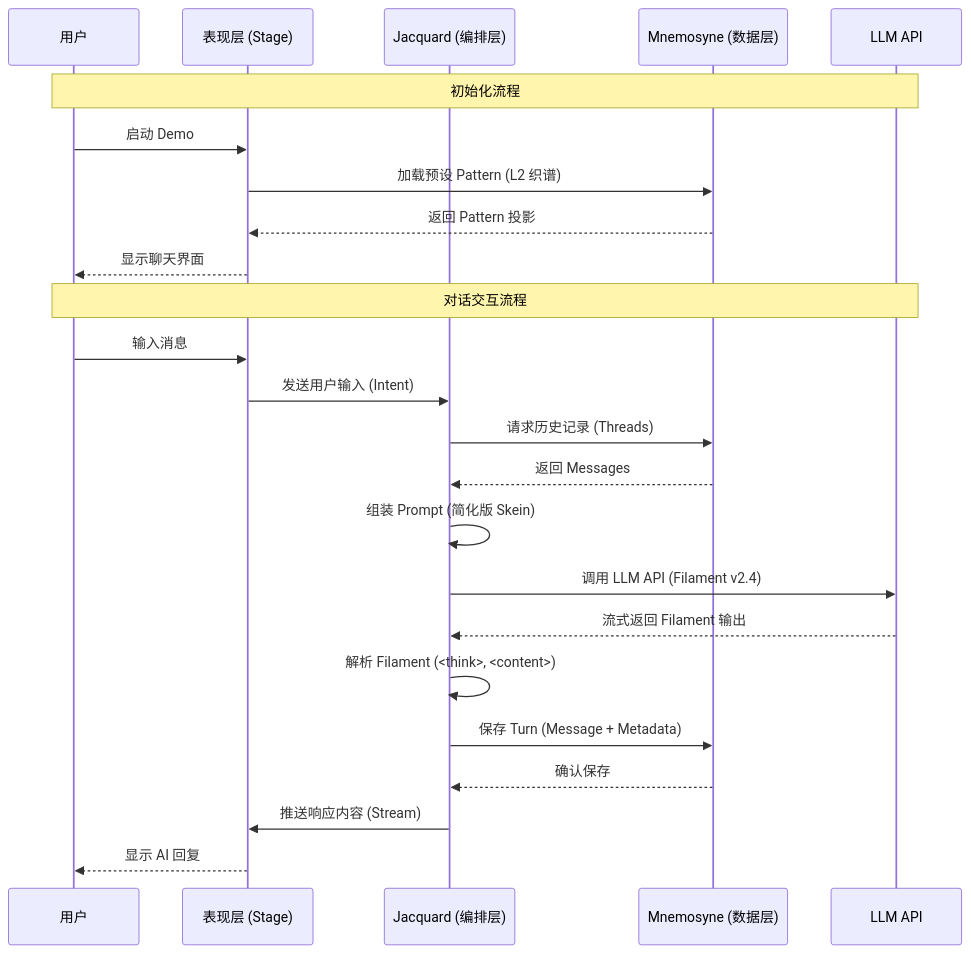
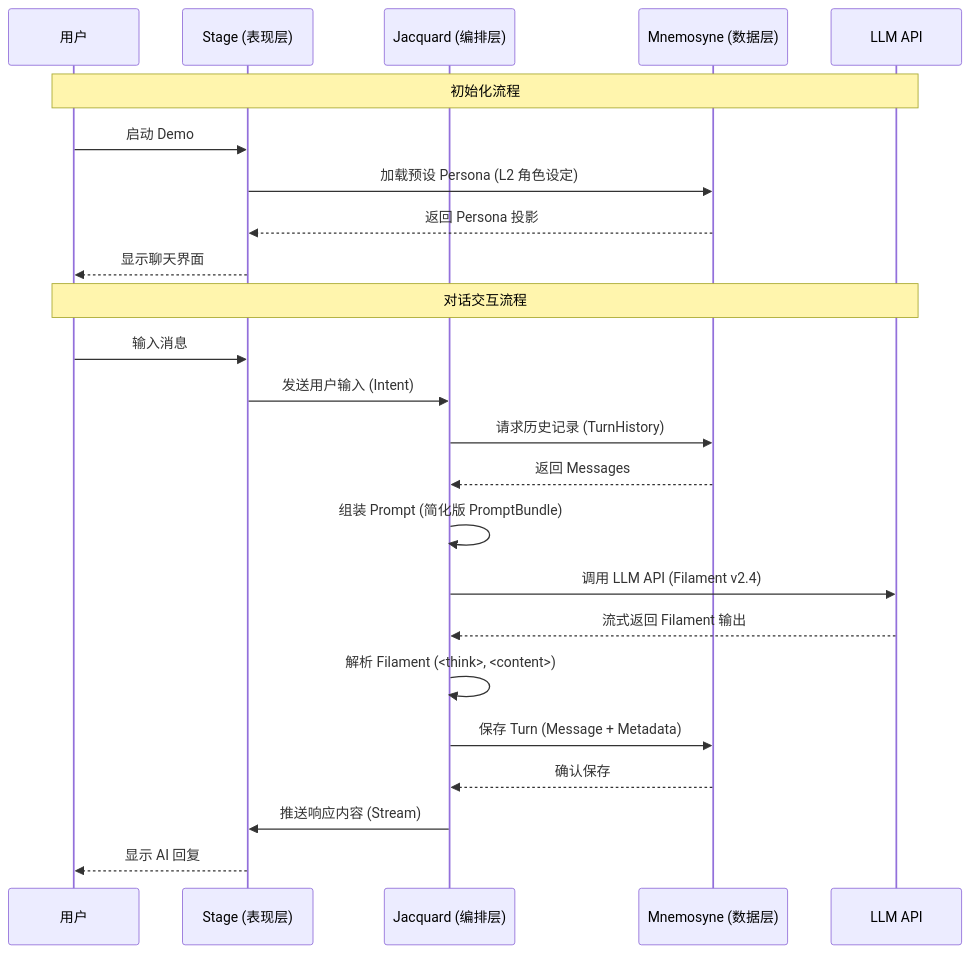
Before and after one commit to Abgetrennter/Clotho-Design: the first of 2 diagrams in 02_active_plans/mvp-demo-design-spec.md, drawn with Mermaid. The commit also changed other lines of this file, not shown here.

````diff
--- a/02_active_plans/mvp-demo-design-spec.md
+++ b/02_active_plans/mvp-demo-design-spec.md
@@ -55,28 +55,28 @@
 ```mermaid
 sequenceDiagram
     participant U as 用户
-    participant UI as 表现层 (Stage)
+    participant UI as Stage (表现层)
     participant J as Jacquard (编排层)
     participant M as Mnemosyne (数据层)
     participant L as LLM API
 
     Note over U,L: 初始化流程
     U->>UI: 启动 Demo
-    UI->>M: 加载预设 Pattern (L2 织谱)
-    M-->>UI: 返回 Pattern 投影
+    UI->>M: 加载预设 Persona (L2 角色设定)
+    M-->>UI: 返回 Persona 投影
     UI-->>U: 显示聊天界面
 
     Note over U,L: 对话交互流程
     U->>UI: 输入消息
     UI->>J: 发送用户输入 (Intent)
-    J->>M: 请求历史记录 (Threads)
+    J->>M: 请求历史记录 (TurnHistory)
     M-->>J: 返回 Messages
-    J->>J: 组装 Prompt (简化版 Skein)
+    J->>J: 组装 Prompt (简化版 PromptBundle)
     J->>L: 调用 LLM API (Filament v2.4)
     L-->>J: 流式返回 Filament 输出
     J->>J: 解析 Filament (<think>, <content>)
     J->>M: 保存 Turn (Message + Metadata)
     M-->>J: 确认保存
     J->>UI: 推送响应内容 (Stream)
     UI-->>U: 显示 AI 回复
 ```
````
